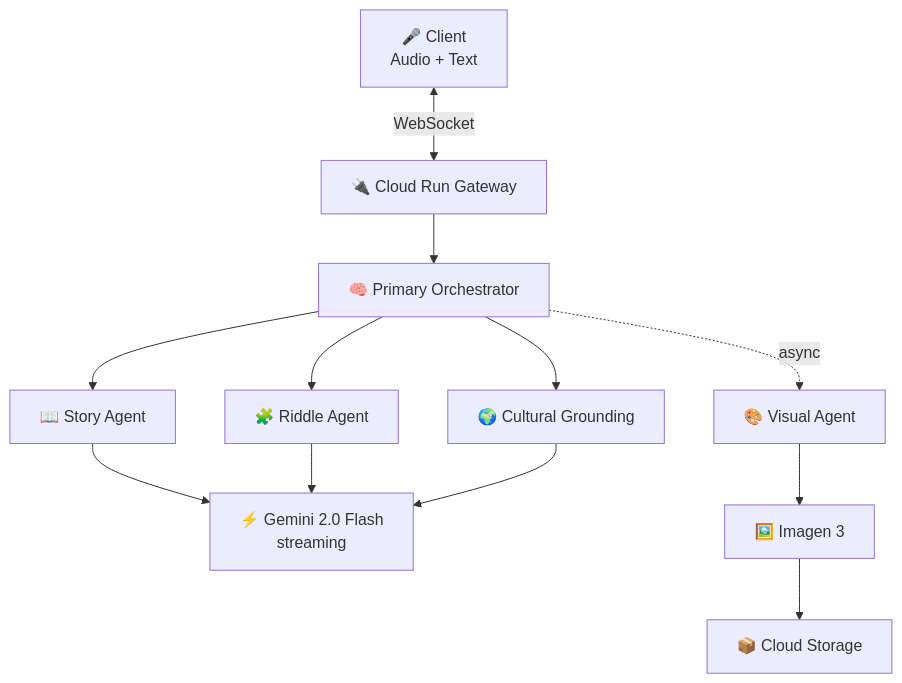
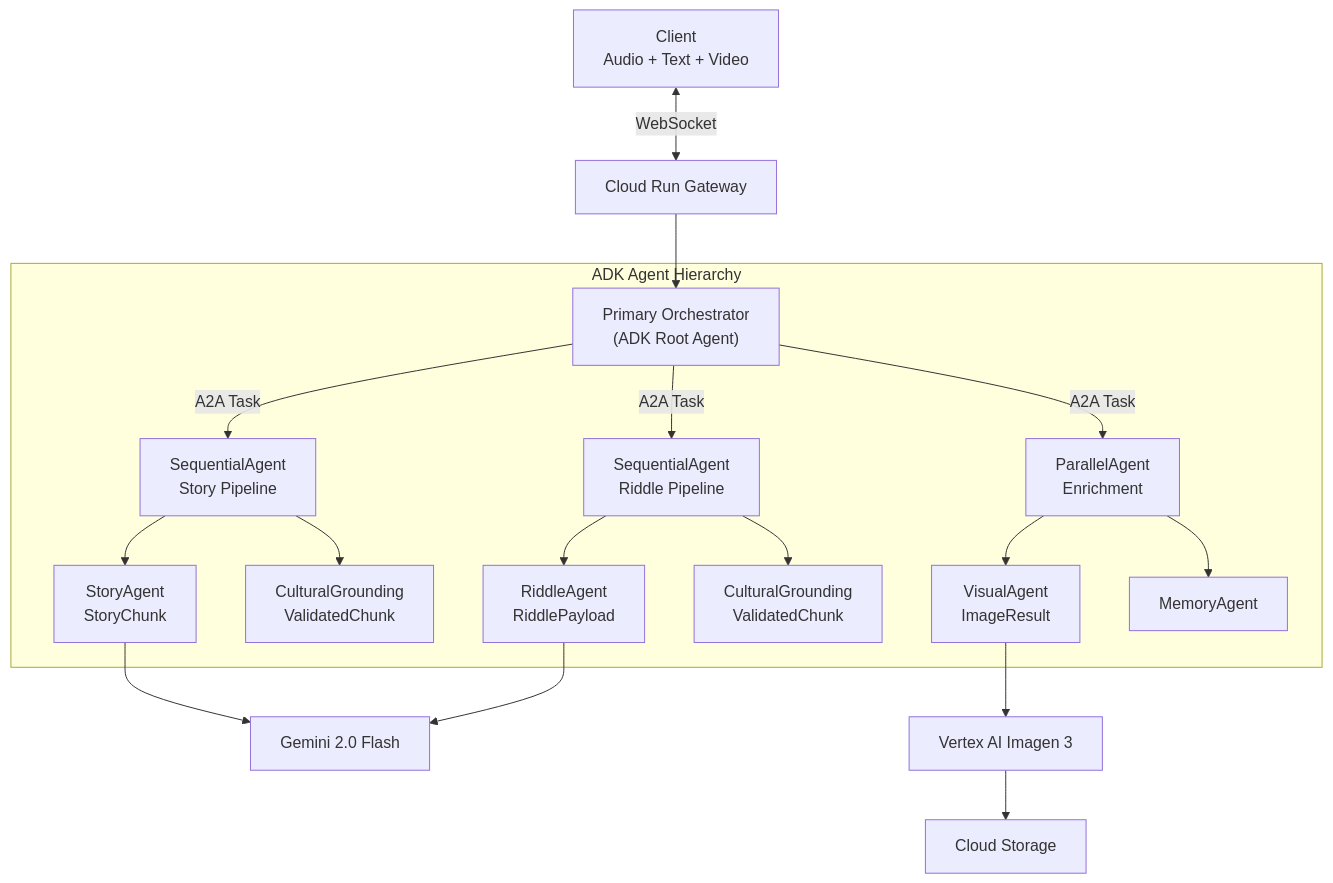
One commit to AbraImani/hadithiAI_orchestrator changed the diagram in README.md. Above: the diagram before and after it, drawn with Mermaid. The commit also changed other lines of this file and 18 other files, not shown here.

````diff
--- a/README.md
+++ b/README.md
@@ -138,14 +145,25 @@
 ```mermaid
 graph TB
-  Client["🎤 Client<br/>Audio + Text"] <-->|WebSocket| Gateway["🔌 Cloud Run Gateway"]
-  Gateway --> Orch["🧠 Primary Orchestrator"]
-  Orch --> Story["📖 Story Agent"]
-  Orch --> Riddle["🧩 Riddle Agent"]
-  Orch --> Cultural["🌍 Cultural Grounding"]
-  Story --> Gemini["⚡ Gemini 2.0 Flash<br/>streaming"]
+  Client["Client<br/>Audio + Text + Video"] <-->|WebSocket| Gateway["Cloud Run Gateway"]
+  Gateway --> Orch["Primary Orchestrator<br/>(ADK Root Agent)"]
+
+  subgraph ADK["ADK Agent Hierarchy"]
+    Orch -->|A2A Task| StoryPipeline["SequentialAgent<br/>Story Pipeline"]
+    Orch -->|A2A Task| RiddlePipeline["SequentialAgent<br/>Riddle Pipeline"]
+    Orch -->|A2A Task| Enrichment["ParallelAgent<br/>Enrichment"]
+
+    StoryPipeline --> Story["StoryAgent<br/>StoryChunk"]
+    StoryPipeline --> Cultural1["CulturalGrounding<br/>ValidatedChunk"]
+
+    RiddlePipeline --> Riddle["RiddleAgent<br/>RiddlePayload"]
+    RiddlePipeline --> Cultural2["CulturalGrounding<br/>ValidatedChunk"]
+
+    Enrichment --> Visual["VisualAgent<br/>ImageResult"]
+    Enrichment --> Memory["MemoryAgent"]
+  end
+
+  Story --> Gemini["Gemini 2.0 Flash"]
   Riddle --> Gemini
-  Cultural --> Gemini
-  Orch -.->|async| Visual["🎨 Visual Agent"]
-  Visual --> Imagen["🖼️ Imagen 3"]
-  Imagen --> Storage["📦 Cloud Storage"]
+  Visual --> Imagen["Vertex AI Imagen 3"]
+  Imagen --> Storage["Cloud Storage"]
 ```
````
